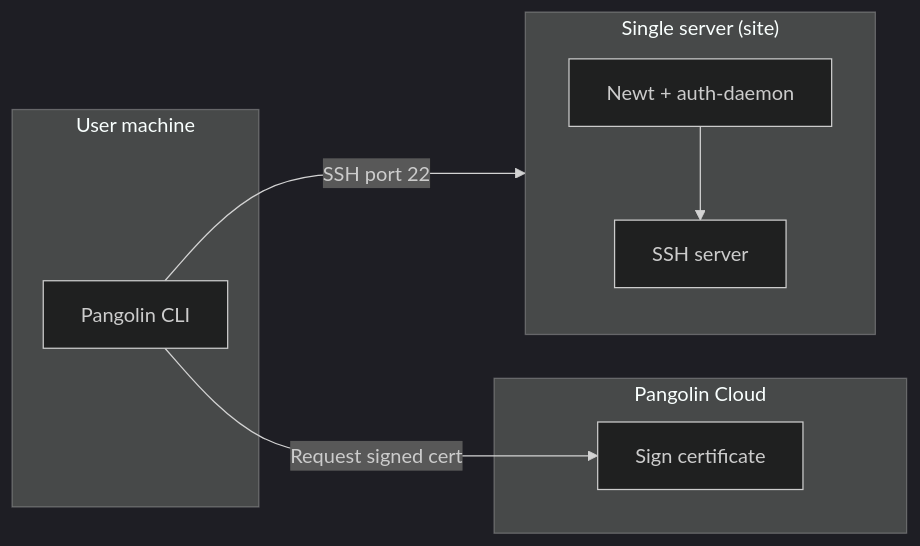
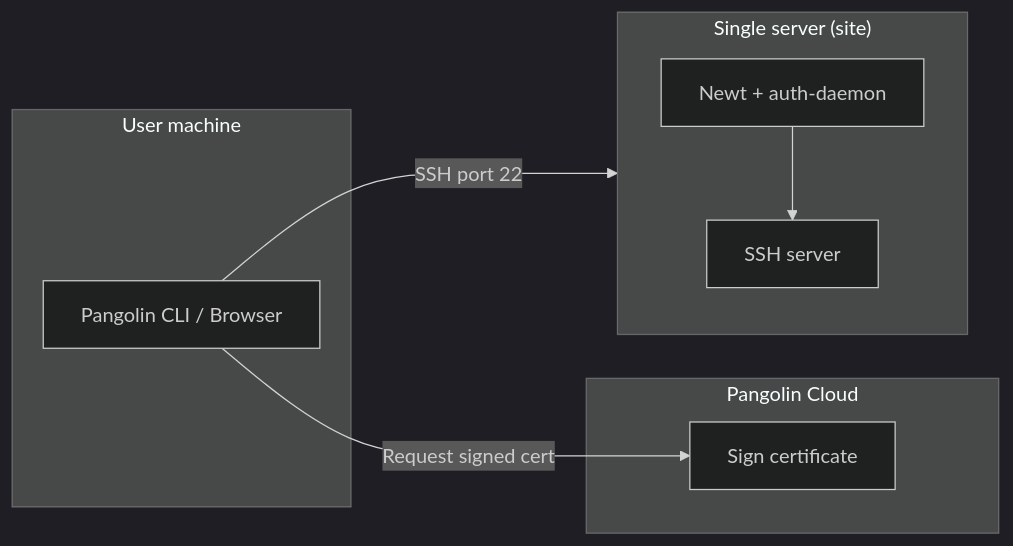
One commit to fosrl/docs-v2 changed the first of 2 diagrams in manage/ssh.mdx. Above: the diagram before and after it, drawn with Mermaid (dark theme). The commit also changed other lines of this file and 24 other files, not shown here.

````diff
--- a/manage/ssh.mdx
+++ b/manage/ssh.mdx
@@ -94,20 +180,20 @@
 ```mermaid
 flowchart LR
   subgraph client["User machine"]
-    CLI[Pangolin CLI]
+    CLI[Pangolin CLI / Browser]
   end
 
   subgraph cloud["Pangolin Cloud"]
     CA[Sign certificate]
   end
 
   subgraph server["Single server (site)"]
     direction TB
     Newt[Newt + auth-daemon]
     SSHD[SSH server]
     Newt --> SSHD
   end
 
   CLI -->|Request signed cert| CA
   CLI -->|SSH port 22| SSHD
 ```
````
